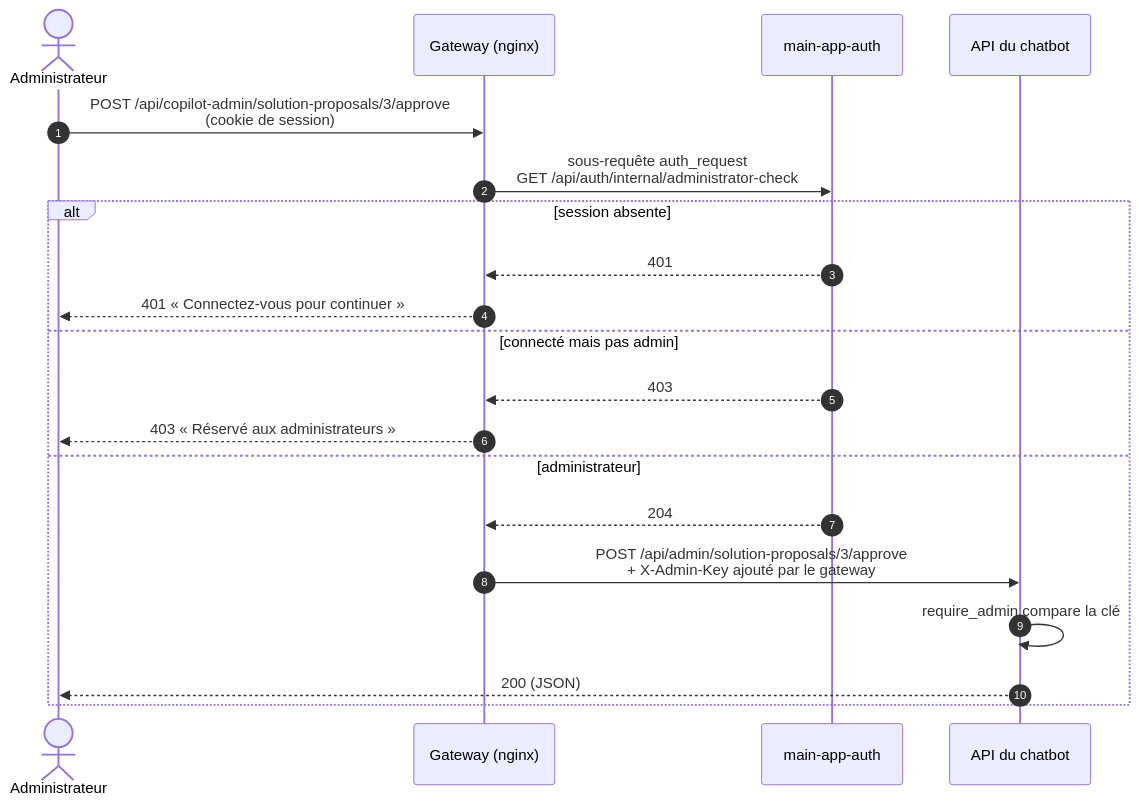
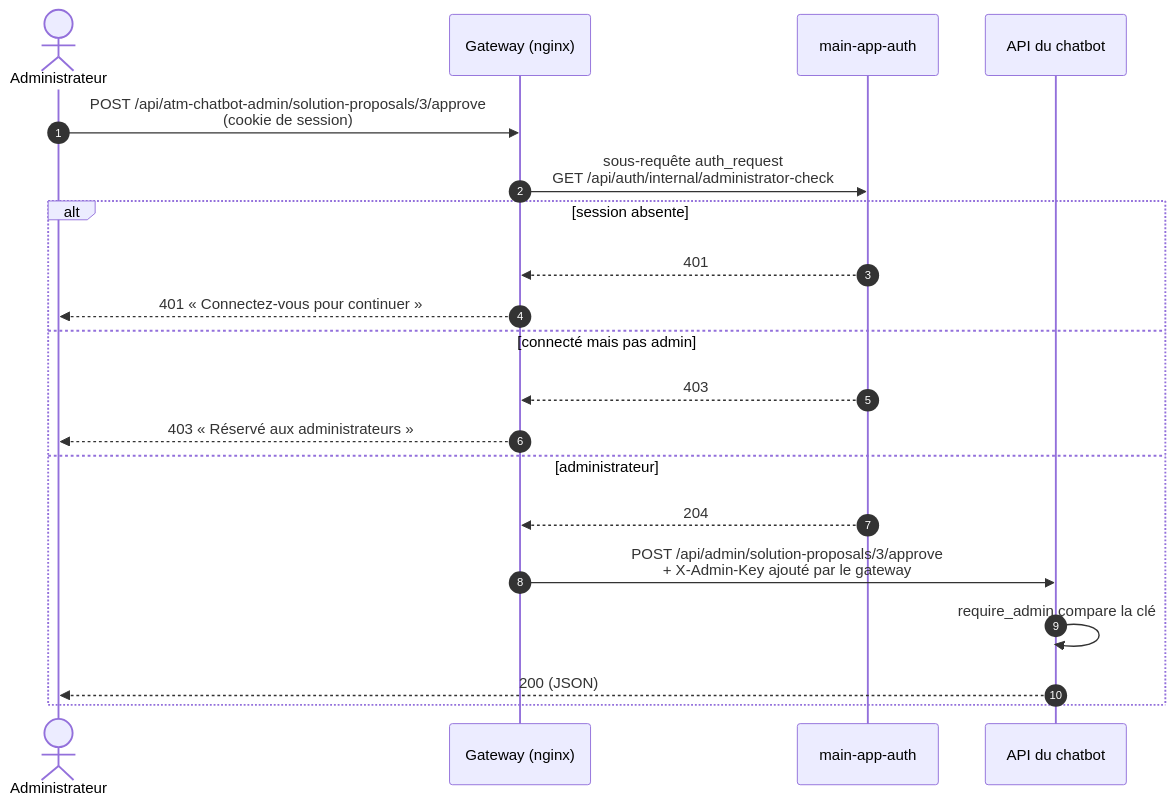
Before and after one commit to kalinuxjohn-ctrl/atm-chatbot: the fourth of 4 diagrams in docs/demarrage-et-connexions.md, drawn with Mermaid. The commit also changed other lines of this file and 82 other files, not shown here.

First line of the commit message:
Rename Copilote/copilot to ATM-Chatbot/atm-chatbot everywhere

````diff
--- a/docs/demarrage-et-connexions.md
+++ b/docs/demarrage-et-connexions.md
@@ -360,23 +364,23 @@
 ```mermaid
 sequenceDiagram
     autonumber
     actor Ad as Administrateur
     participant G as Gateway (nginx)
     participant A as main-app-auth
     participant C as API du chatbot
 
-    Ad->>G: POST /api/copilot-admin/solution-proposals/3/approve<br/>(cookie de session)
+    Ad->>G: POST /api/atm-chatbot-admin/solution-proposals/3/approve<br/>(cookie de session)
     G->>A: sous-requête auth_request<br/>GET /api/auth/internal/administrator-check
     alt session absente
         A-->>G: 401
         G-->>Ad: 401 « Connectez-vous pour continuer »
     else connecté mais pas admin
         A-->>G: 403
         G-->>Ad: 403 « Réservé aux administrateurs »
     else administrateur
         A-->>G: 204
         G->>C: POST /api/admin/solution-proposals/3/approve<br/>+ X-Admin-Key ajouté par le gateway
         C->>C: require_admin compare la clé
         C-->>Ad: 200 (JSON)
     end
 ```
````
